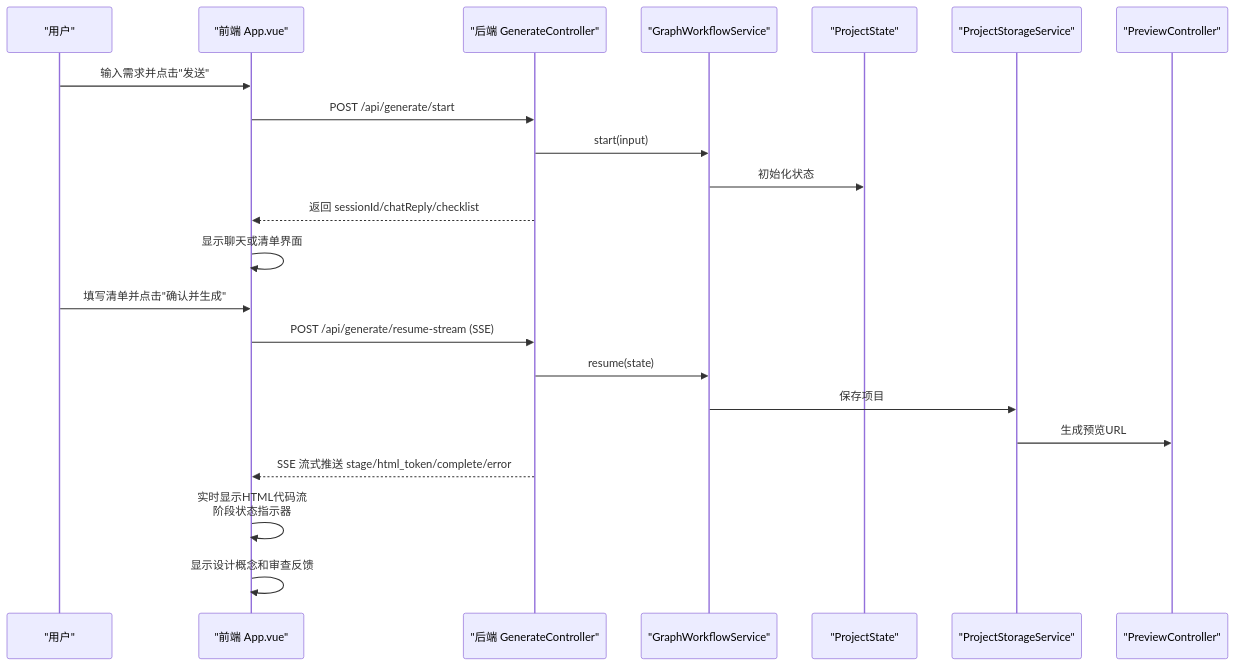
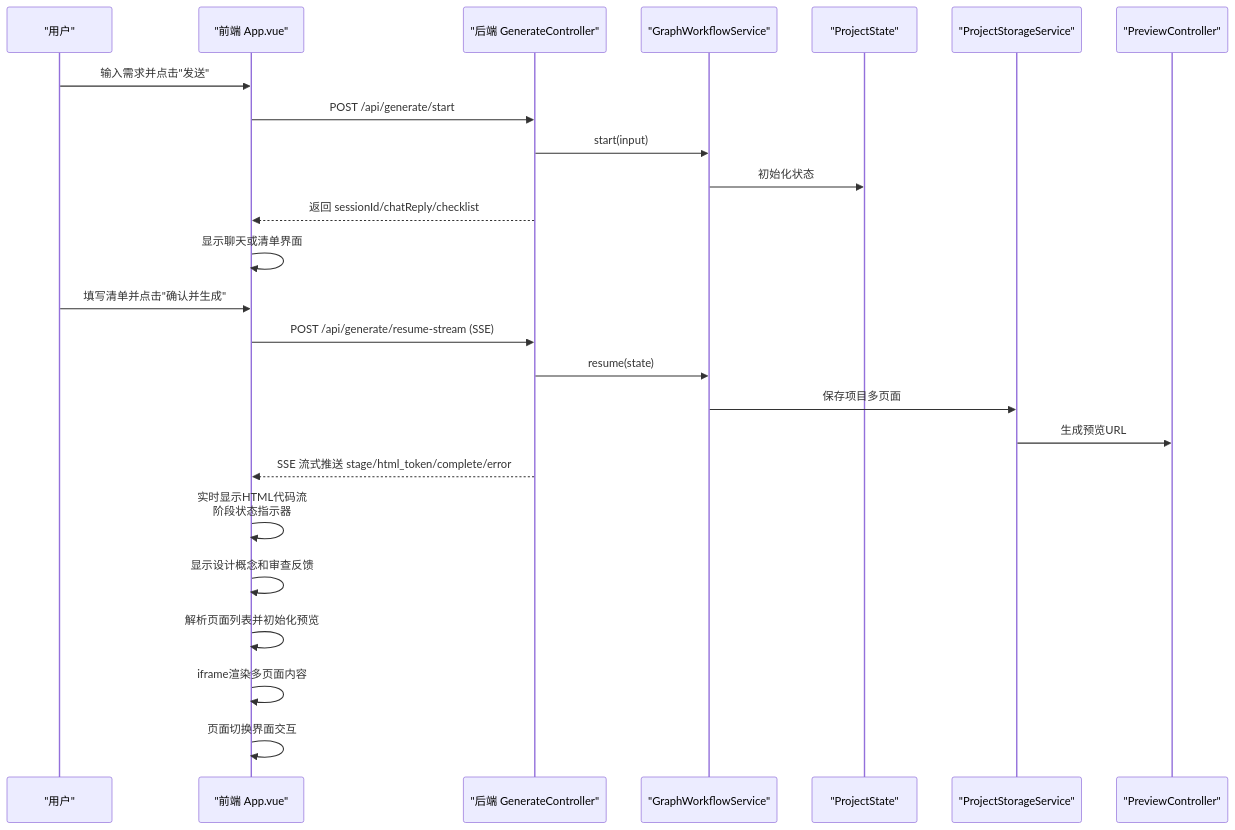
One commit to CyanYuKi/WebSiteFrontendCodeMother changed the second of 4 diagrams in .qoder/repowiki/zh/content/前端Vue.js应用.md. Above: the diagram before and after it, drawn with Mermaid. The commit also changed other lines of this file and 16 other files, not shown here.

````diff
--- a/.qoder/repowiki/zh/content/前端Vue.js应用.md
+++ b/.qoder/repowiki/zh/content/前端Vue.js应用.md
@@ -142,24 +150,27 @@
 ```mermaid
 sequenceDiagram
 participant U as "用户"
 participant FE as "前端 App.vue"
 participant API as "后端 GenerateController"
 participant WF as "GraphWorkflowService"
 participant ST as "ProjectState"
 participant PS as "ProjectStorageService"
 participant PC as "PreviewController"
 U->>FE : 输入需求并点击"发送"
 FE->>API : POST /api/generate/start
 API->>WF : start(input)
 WF->>ST : 初始化状态
 API-->>FE : 返回 sessionId/chatReply/checklist
 FE->>FE : 显示聊天或清单界面
 U->>FE : 填写清单并点击"确认并生成"
 FE->>API : POST /api/generate/resume-stream (SSE)
 API->>WF : resume(state)
-WF->>PS : 保存项目
+WF->>PS : 保存项目多页面
 PS->>PC : 生成预览URL
 API-->>FE : SSE 流式推送 stage/html_token/complete/error
 FE->>FE : 实时显示HTML代码流<br/>阶段状态指示器
 FE->>FE : 显示设计概念和审查反馈
+FE->>FE : 解析页面列表并初始化预览
+FE->>FE : iframe渲染多页面内容
+FE->>FE : 页面切换界面交互
 ```
````
